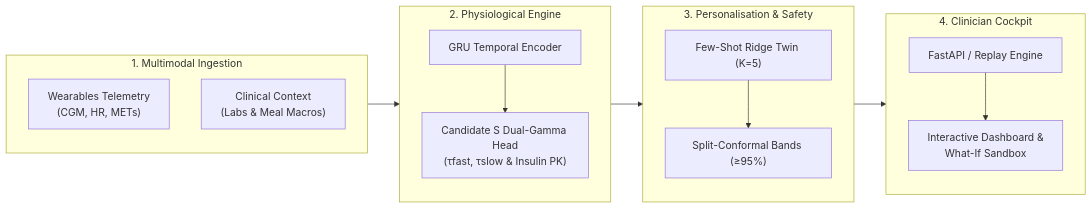
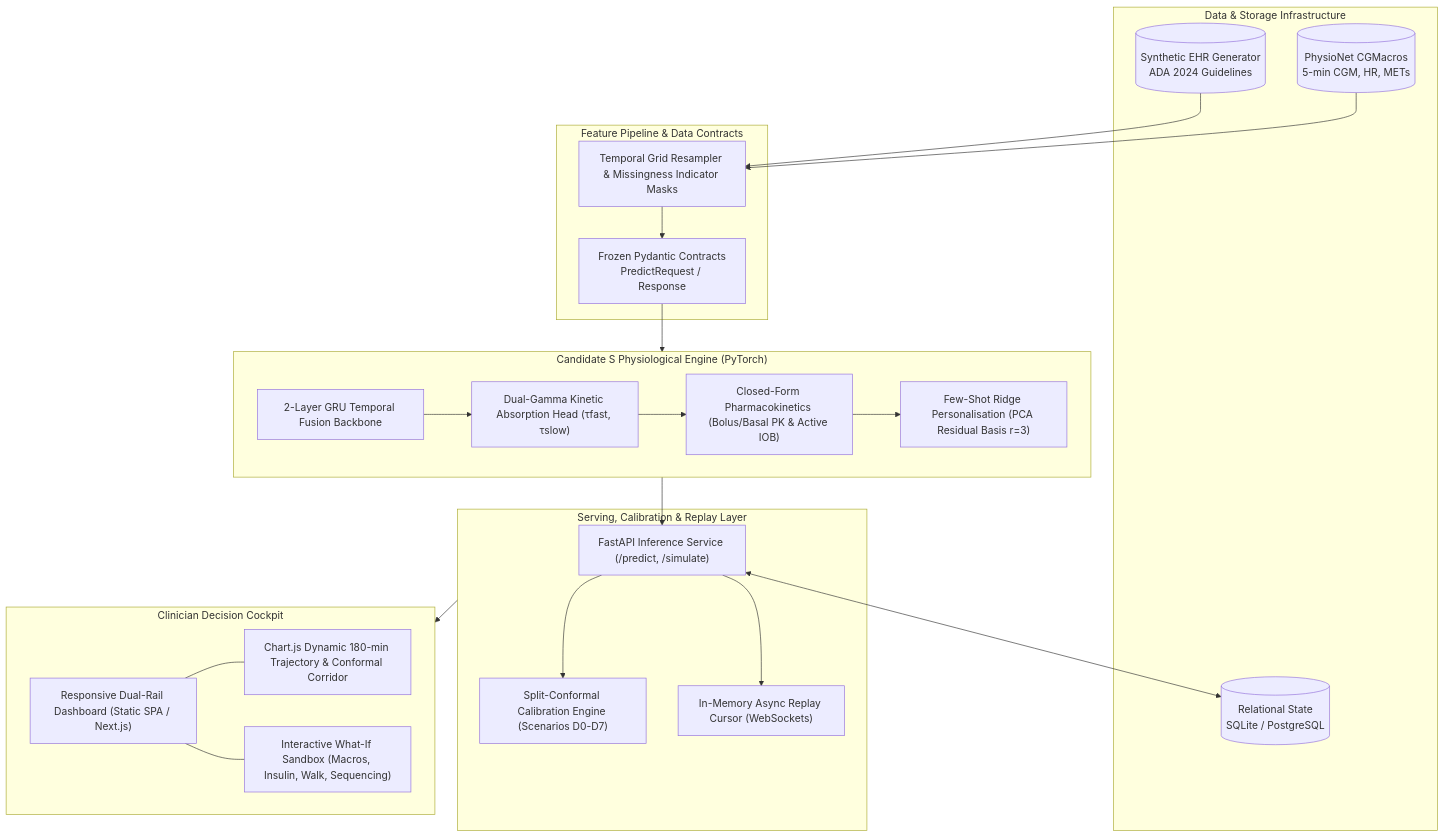
The second of 2 diagrams in README.md (Saumojit30/Aegis), drawn with Mermaid before and after one commit.

Commit message:
docs(readme): upgrade system architecture diagram to comprehensive 5-layer technical topology

````diff
--- a/README.md
+++ b/README.md
@@ -78,29 +78,47 @@
 ```mermaid
-flowchart LR
-    subgraph Ingestion["1. Multimodal Ingestion"]
-        CGM["Wearables Telemetry<br/>(CGM, HR, METs)"]
-        EHR["Clinical Context<br/>(Labs &amp; Meal Macros)"]
+flowchart TD
+    subgraph DataStorage["Data & Storage Infrastructure"]
+        CGM[("PhysioNet CGMacros<br/>5-min CGM, HR, METs")]
+        EHR[("Synthetic EHR Generator<br/>ADA 2024 Guidelines")]
+        DB[("Relational State<br/>SQLite / PostgreSQL")]
     end
 
-    subgraph CoreEngine["2. Physiological Engine"]
-        GRU["GRU Temporal Encoder"]
-        HEAD["Candidate S Dual-Gamma Head<br/>(&tau;fast, &tau;slow &amp; Insulin PK)"]
-        GRU --> HEAD
+    subgraph FeaturePipeline["Feature Pipeline &amp; Data Contracts"]
+        CLEAN["Temporal Grid Resampler &amp; Missingness Indicator Masks"]
+        CONTRACT["Frozen Pydantic Contracts<br/>PredictRequest / Response"]
+        CGM --> CLEAN
+        EHR --> CLEAN
+        CLEAN --> CONTRACT
     end
 
-    subgraph SafetyAdapt["3. Personalisation &amp; Safety"]
-        RIDGE["Few-Shot Ridge Twin (K=5)"]
-        CONF["Split-Conformal Bands (&ge;95%)"]
-        RIDGE --> CONF
+    subgraph PhysiologicalEngine["Candidate S Physiological Engine (PyTorch)"]
+        GRU["2-Layer GRU Temporal Fusion Backbone"]
+        HEAD["Dual-Gamma Kinetic Absorption Head (&tau;fast, &tau;slow)"]
+        PK["Closed-Form Pharmacokinetics (Bolus/Basal PK &amp; Active IOB)"]
+        ADAPT["Few-Shot Ridge Personalisation (PCA Residual Basis r=3)"]
+        GRU --> HEAD
+        HEAD --> PK
+        PK --> ADAPT
     end
 
-    subgraph Cockpit["4. Clinician Cockpit"]
-        API["FastAPI / Replay Engine"]
-        UI["Interactive Dashboard &amp;<br/>What-If Sandbox"]
-        API --> UI
+    subgraph ServingLayer["Serving, Calibration &amp; Replay Layer"]
+        API["FastAPI Inference Service (/predict, /simulate)"]
+        CONF["Split-Conformal Calibration Engine (Scenarios D0-D7)"]
+        WS["In-Memory Async Replay Cursor (WebSockets)"]
+        API <--> DB
+        API --> CONF
+        API --> WS
     end
 
-    Ingestion --> CoreEngine
-    CoreEngine --> SafetyAdapt
-    SafetyAdapt --> Cockpit
+    subgraph PresentationLayer["Clinician Decision Cockpit"]
+        DASH["Responsive Dual-Rail Dashboard (Static SPA / Next.js)"]
+        CHART["Chart.js Dynamic 180-min Trajectory &amp; Conformal Corridor"]
+        SANDBOX["Interactive What-If Sandbox (Macros, Insulin, Walk, Sequencing)"]
+        DASH --- CHART
+        DASH --- SANDBOX
+    end
+
+    CONTRACT --> PhysiologicalEngine
+    PhysiologicalEngine --> API
+    ServingLayer --> PresentationLayer
 ```
````
